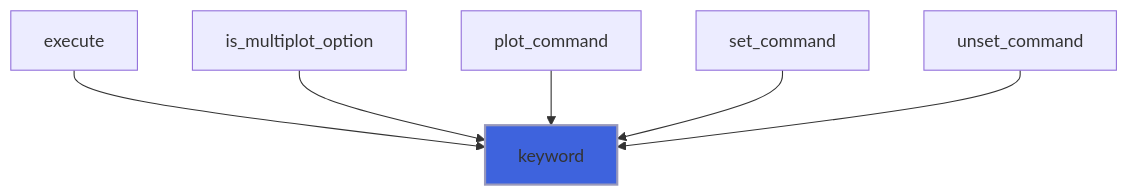
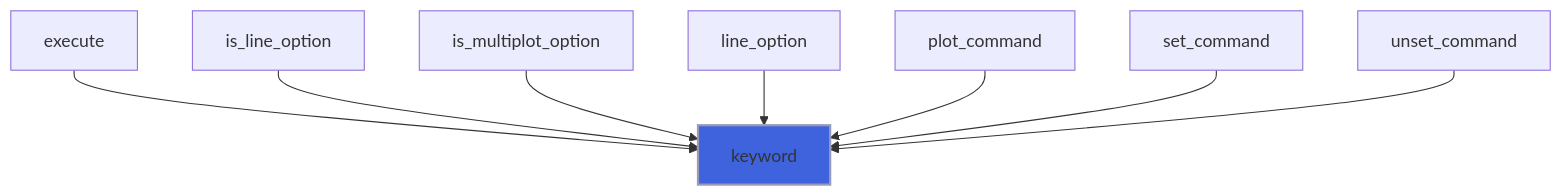
One commit to szaghi/foresight changed diagram 21 of 30 in docs/api/src/lib/foresight_script.md. Above: the diagram before and after it, drawn with Mermaid. The commit also changed other lines of this file and 42 other files, not shown here.

````diff
--- a/docs/api/src/lib/foresight_script.md
+++ b/docs/api/src/lib/foresight_script.md
@@ -640,9 +730,11 @@
 ```mermaid
 flowchart TD
   execute["execute"] --> keyword["keyword"]
+  is_line_option["is_line_option"] --> keyword["keyword"]
   is_multiplot_option["is_multiplot_option"] --> keyword["keyword"]
+  line_option["line_option"] --> keyword["keyword"]
   plot_command["plot_command"] --> keyword["keyword"]
   set_command["set_command"] --> keyword["keyword"]
   unset_command["unset_command"] --> keyword["keyword"]
   style keyword fill:#3e63dd,stroke:#99b,stroke-width:2px
 ```
````
